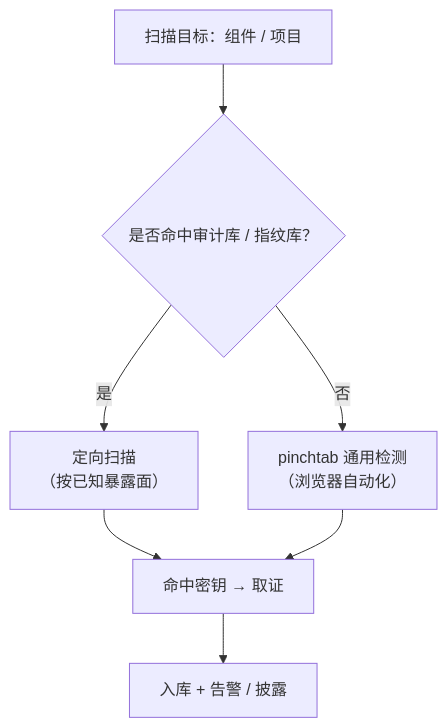
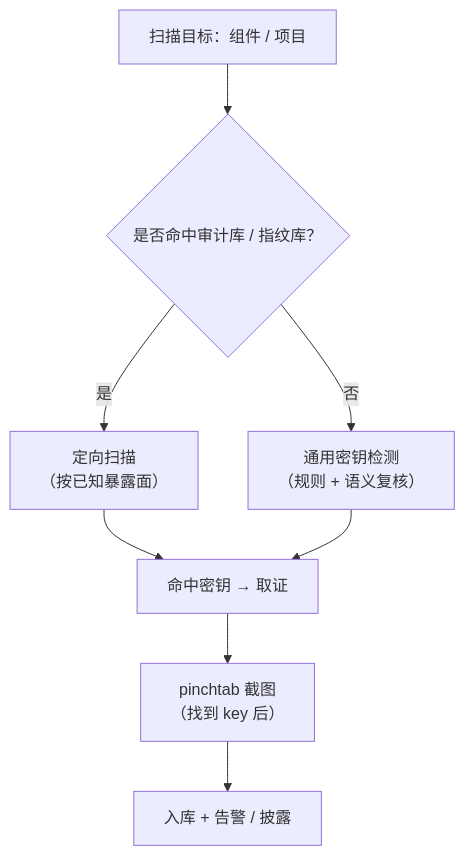
The second of 3 diagrams in docs/architecture.md (tajleonbennis-maker/SecretWatcher), drawn with Mermaid before and after one commit. The commit also changed other lines of this file, not shown here.

````diff
--- a/docs/architecture.md
+++ b/docs/architecture.md
@@ -102,16 +104,18 @@
 ```mermaid
 flowchart TD
     S["扫描目标：组件 / 项目"]
     D{"是否命中审计库 / 指纹库？"}
     T["定向扫描<br/>（按已知暴露面）"]
-    P["pinchtab 通用检测<br/>（浏览器自动化）"]
+    P["通用密钥检测<br/>（规则 + 语义复核）"]
     R["命中密钥 → 取证"]
+    Q["pinchtab 截图<br/>（找到 key 后）"]
     O["入库 + 告警 / 披露"]
 
     S --> D
     D -- 是 --> T
     D -- 否 --> P
     T --> R
     P --> R
-    R --> O
+    R --> Q
+    Q --> O
 ```
````
